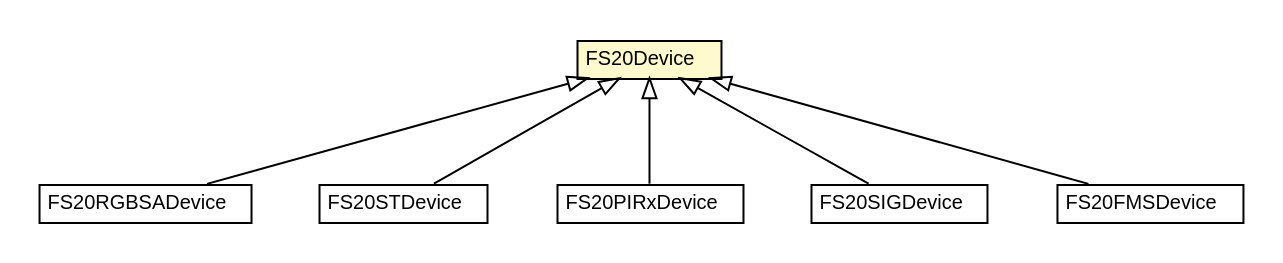
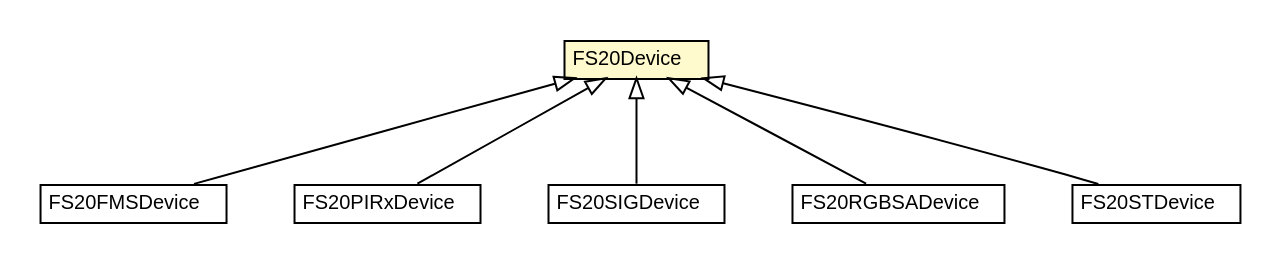
The diagram in lddi.pom/apidocs/org/universAAL/lddi/fs20/devicemodel/FS20Device.dot (universAAL/lddi), drawn with Graphviz before and after one commit. The commit also changed 4179 other files, not shown here.

```diff
--- a/lddi.pom/apidocs/org/universAAL/lddi/fs20/devicemodel/FS20Device.dot
+++ b/lddi.pom/apidocs/org/universAAL/lddi/fs20/devicemodel/FS20Device.dot
@@ -1,58 +1,58 @@
 #!/usr/local/bin/dot
 #
 # Class diagram 
 # Generated by UMLGraph version R5_6-24-gf6e263 (http://www.umlgraph.org/)
 #
 
 digraph G {
 	edge [fontname="Helvetica",fontsize=10,labelfontname="Helvetica",labelfontsize=10];
 	node [fontname="Helvetica",fontsize=10,shape=plaintext];
 	nodesep=0.25;
 	ranksep=0.5;
+	// org.universAAL.lddi.fs20.devicemodel.FS20FMSDevice
+	c161466 [label=<<table title="org.universAAL.lddi.fs20.devicemodel.FS20FMSDevice" border="0" cellborder="1" cellspacing="0" cellpadding="2" port="p" href="./FS20FMSDevice.html">
+		<tr><td><table border="0" cellspacing="0" cellpadding="1">
+<tr><td align="center" balign="center"> FS20FMSDevice </td></tr>
+		</table></td></tr>
+		</table>>, URL="./FS20FMSDevice.html", fontname="Helvetica", fontcolor="black", fontsize=10.0];
+	// org.universAAL.lddi.fs20.devicemodel.FS20PIRxDevice
+	c161467 [label=<<table title="org.universAAL.lddi.fs20.devicemodel.FS20PIRxDevice" border="0" cellborder="1" cellspacing="0" cellpadding="2" port="p" href="./FS20PIRxDevice.html">
+		<tr><td><table border="0" cellspacing="0" cellpadding="1">
+<tr><td align="center" balign="center"> FS20PIRxDevice </td></tr>
+		</table></td></tr>
+		</table>>, URL="./FS20PIRxDevice.html", fontname="Helvetica", fontcolor="black", fontsize=10.0];
+	// org.universAAL.lddi.fs20.devicemodel.FS20SIGDevice
+	c161468 [label=<<table title="org.universAAL.lddi.fs20.devicemodel.FS20SIGDevice" border="0" cellborder="1" cellspacing="0" cellpadding="2" port="p" href="./FS20SIGDevice.html">
+		<tr><td><table border="0" cellspacing="0" cellpadding="1">
+<tr><td align="center" balign="center"> FS20SIGDevice </td></tr>
+		</table></td></tr>
+		</table>>, URL="./FS20SIGDevice.html", fontname="Helvetica", fontcolor="black", fontsize=10.0];
+	// org.universAAL.lddi.fs20.devicemodel.FS20Device
+	c161469 [label=<<table title="org.universAAL.lddi.fs20.devicemodel.FS20Device" border="0" cellborder="1" cellspacing="0" cellpadding="2" port="p" bgcolor="lemonChiffon" href="./FS20Device.html">
+		<tr><td><table border="0" cellspacing="0" cellpadding="1">
+<tr><td align="center" balign="center"> FS20Device </td></tr>
+		</table></td></tr>
+		</table>>, URL="./FS20Device.html", fontname="Helvetica", fontcolor="black", fontsize=10.0];
 	// org.universAAL.lddi.fs20.devicemodel.FS20RGBSADevice
-	c161463 [label=<<table title="org.universAAL.lddi.fs20.devicemodel.FS20RGBSADevice" border="0" cellborder="1" cellspacing="0" cellpadding="2" port="p" href="./FS20RGBSADevice.html">
+	c161470 [label=<<table title="org.universAAL.lddi.fs20.devicemodel.FS20RGBSADevice" border="0" cellborder="1" cellspacing="0" cellpadding="2" port="p" href="./FS20RGBSADevice.html">
 		<tr><td><table border="0" cellspacing="0" cellpadding="1">
 <tr><td align="center" balign="center"> FS20RGBSADevice </td></tr>
 		</table></td></tr>
 		</table>>, URL="./FS20RGBSADevice.html", fontname="Helvetica", fontcolor="black", fontsize=10.0];
 	// org.universAAL.lddi.fs20.devicemodel.FS20STDevice
-	c161464 [label=<<table title="org.universAAL.lddi.fs20.devicemodel.FS20STDevice" border="0" cellborder="1" cellspacing="0" cellpadding="2" port="p" href="./FS20STDevice.html">
+	c161471 [label=<<table title="org.universAAL.lddi.fs20.devicemodel.FS20STDevice" border="0" cellborder="1" cellspacing="0" cellpadding="2" port="p" href="./FS20STDevice.html">
 		<tr><td><table border="0" cellspacing="0" cellpadding="1">
 <tr><td align="center" balign="center"> FS20STDevice </td></tr>
 		</table></td></tr>
 		</table>>, URL="./FS20STDevice.html", fontname="Helvetica", fontcolor="black", fontsize=10.0];
-	// org.universAAL.lddi.fs20.devicemodel.FS20PIRxDevice
-	c161465 [label=<<table title="org.universAAL.lddi.fs20.devicemodel.FS20PIRxDevice" border="0" cellborder="1" cellspacing="0" cellpadding="2" port="p" href="./FS20PIRxDevice.html">
-		<tr><td><table border="0" cellspacing="0" cellpadding="1">
-<tr><td align="center" balign="center"> FS20PIRxDevice </td></tr>
-		</table></td></tr>
-		</table>>, URL="./FS20PIRxDevice.html", fontname="Helvetica", fontcolor="black", fontsize=10.0];
-	// org.universAAL.lddi.fs20.devicemodel.FS20SIGDevice
-	c161466 [label=<<table title="org.universAAL.lddi.fs20.devicemodel.FS20SIGDevice" border="0" cellborder="1" cellspacing="0" cellpadding="2" port="p" href="./FS20SIGDevice.html">
-		<tr><td><table border="0" cellspacing="0" cellpadding="1">
-<tr><td align="center" balign="center"> FS20SIGDevice </td></tr>
-		</table></td></tr>
-		</table>>, URL="./FS20SIGDevice.html", fontname="Helvetica", fontcolor="black", fontsize=10.0];
-	// org.universAAL.lddi.fs20.devicemodel.FS20FMSDevice
-	c161467 [label=<<table title="org.universAAL.lddi.fs20.devicemodel.FS20FMSDevice" border="0" cellborder="1" cellspacing="0" cellpadding="2" port="p" href="./FS20FMSDevice.html">
-		<tr><td><table border="0" cellspacing="0" cellpadding="1">
-<tr><td align="center" balign="center"> FS20FMSDevice </td></tr>
-		</table></td></tr>
-		</table>>, URL="./FS20FMSDevice.html", fontname="Helvetica", fontcolor="black", fontsize=10.0];
-	// org.universAAL.lddi.fs20.devicemodel.FS20Device
-	c161470 [label=<<table title="org.universAAL.lddi.fs20.devicemodel.FS20Device" border="0" cellborder="1" cellspacing="0" cellpadding="2" port="p" bgcolor="lemonChiffon" href="./FS20Device.html">
-		<tr><td><table border="0" cellspacing="0" cellpadding="1">
-<tr><td align="center" balign="center"> FS20Device </td></tr>
-		</table></td></tr>
-		</table>>, URL="./FS20Device.html", fontname="Helvetica", fontcolor="black", fontsize=10.0];
+	//org.universAAL.lddi.fs20.devicemodel.FS20FMSDevice extends org.universAAL.lddi.fs20.devicemodel.FS20Device
+	c161469:p -> c161466:p [dir=back,arrowtail=empty];
+	//org.universAAL.lddi.fs20.devicemodel.FS20PIRxDevice extends org.universAAL.lddi.fs20.devicemodel.FS20Device
+	c161469:p -> c161467:p [dir=back,arrowtail=empty];
+	//org.universAAL.lddi.fs20.devicemodel.FS20SIGDevice extends org.universAAL.lddi.fs20.devicemodel.FS20Device
+	c161469:p -> c161468:p [dir=back,arrowtail=empty];
 	//org.universAAL.lddi.fs20.devicemodel.FS20RGBSADevice extends org.universAAL.lddi.fs20.devicemodel.FS20Device
-	c161470:p -> c161463:p [dir=back,arrowtail=empty];
+	c161469:p -> c161470:p [dir=back,arrowtail=empty];
 	//org.universAAL.lddi.fs20.devicemodel.FS20STDevice extends org.universAAL.lddi.fs20.devicemodel.FS20Device
-	c161470:p -> c161464:p [dir=back,arrowtail=empty];
-	//org.universAAL.lddi.fs20.devicemodel.FS20PIRxDevice extends org.universAAL.lddi.fs20.devicemodel.FS20Device
-	c161470:p -> c161465:p [dir=back,arrowtail=empty];
-	//org.universAAL.lddi.fs20.devicemodel.FS20SIGDevice extends org.universAAL.lddi.fs20.devicemodel.FS20Device
-	c161470:p -> c161466:p [dir=back,arrowtail=empty];
-	//org.universAAL.lddi.fs20.devicemodel.FS20FMSDevice extends org.universAAL.lddi.fs20.devicemodel.FS20Device
-	c161470:p -> c161467:p [dir=back,arrowtail=empty];
+	c161469:p -> c161471:p [dir=back,arrowtail=empty];
 }
```
